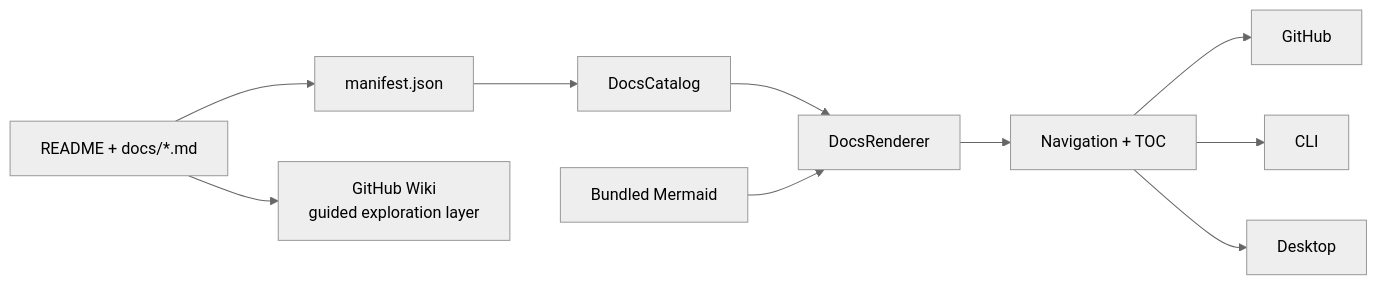
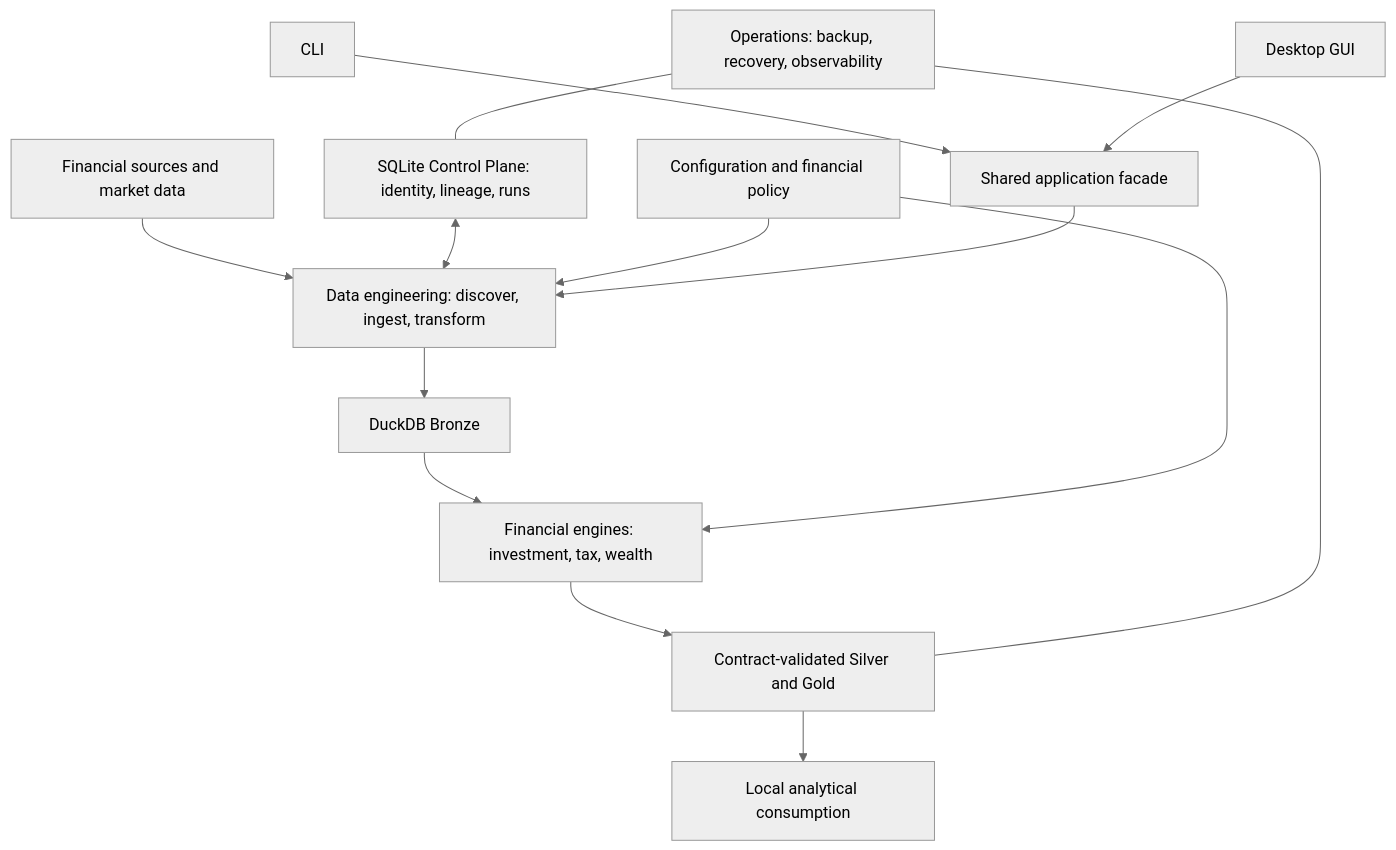
One commit to tks18/personal-finance-etl changed the first of 2 diagrams in docs/README.md. Above: the diagram before and after it, drawn with Mermaid (neutral theme). The commit also changed other lines of this file, not shown here.

````diff
--- a/docs/README.md
+++ b/docs/README.md
@@ -15,12 +11,16 @@
 ```mermaid
-flowchart LR
-    MD["README + docs/*.md"] --> MAN["manifest.json"]
-    MAN --> CAT["DocsCatalog"]
-    CAT --> RENDER["DocsRenderer"]
-    MER["Bundled Mermaid"] --> RENDER
-    RENDER --> NAV["Navigation + TOC"]
-    NAV --> GH["GitHub"]
-    NAV --> CLI["CLI"]
-    NAV --> GUI["Desktop"]
-    MD --> WIKI["GitHub Wiki<br/>guided exploration layer"]
+flowchart TB
+    SRC["Financial sources and market data"] --> DE["Data engineering: discover, ingest, transform"]
+    CP["SQLite Control Plane: identity, lineage, runs"] <--> DE
+    DE --> BR["DuckDB Bronze"]
+    BR --> FIN["Financial engines: investment, tax, wealth"]
+    FIN --> PUB["Contract-validated Silver and Gold"]
+    PUB --> BI["Local analytical consumption"]
+    CFG["Configuration and financial policy"] --> DE
+    CFG --> FIN
+    CLI["CLI"] --> API["Shared application facade"]
+    GUI["Desktop GUI"] --> API
+    API --> DE
+    OPS["Operations: backup, recovery, observability"] --- CP
+    OPS --- PUB
 ```
````
